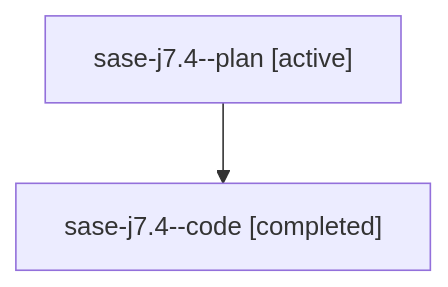
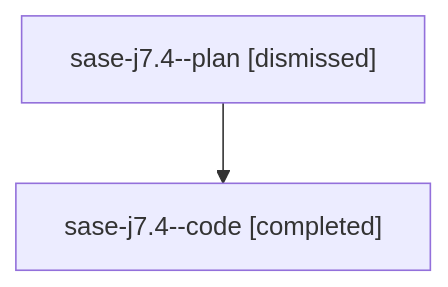
The diagram in sessions/bbugyi200.athena.sase-j7.4.md (sase-org/sase--agents), drawn with Mermaid before and after one commit. The commit also changed other lines of this file and 72 other files, not shown here.

````diff
--- a/sessions/bbugyi200.athena.sase-j7.4.md
+++ b/sessions/bbugyi200.athena.sase-j7.4.md
@@ -9,6 +9,6 @@
 ```mermaid
 flowchart TD
-  n0["sase-j7.4--plan [active]"]
+  n0["sase-j7.4--plan [dismissed]"]
   n1["sase-j7.4--code [completed]"]
   n0 --> n1
 ```
````
